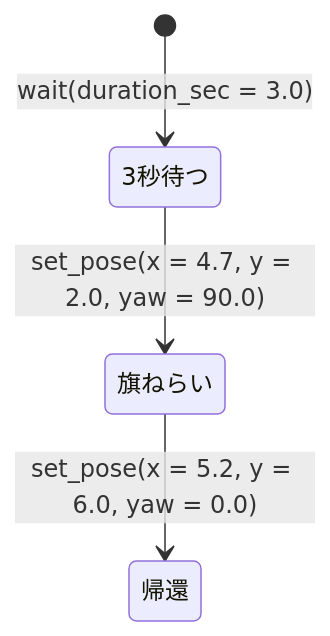
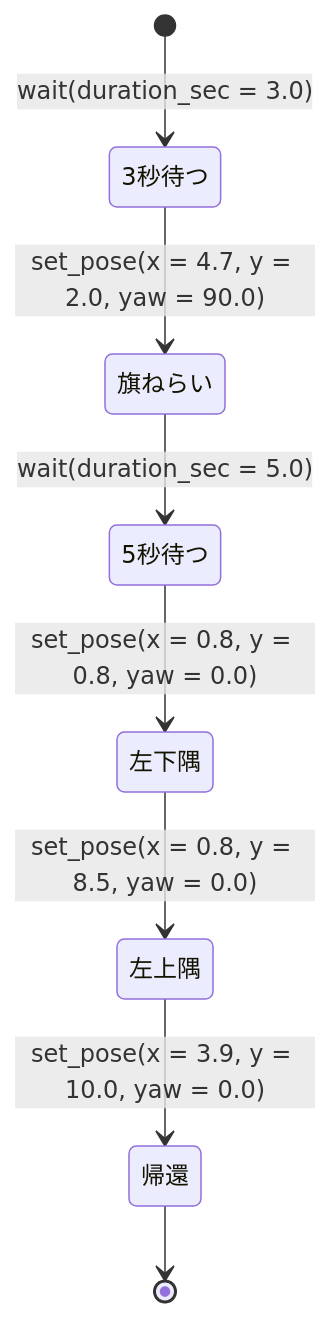
The diagram in examples/natto_nhk2025_sample/state_graph/sample.md (TNCT-Mechatech/2026A-ros), drawn with Mermaid before and after one commit. The commit also changed 1 other file, not shown here.

Commit message:
feat(sample): update autonomous routes

````diff
--- a/examples/natto_nhk2025_sample/state_graph/sample.md
+++ b/examples/natto_nhk2025_sample/state_graph/sample.md
@@ -1,8 +1,12 @@
 ```mermaid
 stateDiagram-v2
 
 [*] --> 3秒待つ : wait(duration_sec = 3.0)
 3秒待つ --> 旗ねらい : set_pose(x = 4.7, y = 2.0, yaw = 90.0)
-旗ねらい --> 帰還 : set_pose(x = 5.2, y = 6.0, yaw = 0.0)
+旗ねらい --> 5秒待つ : wait(duration_sec = 5.0)
+5秒待つ --> 左下隅 : set_pose(x = 0.8, y = 0.8, yaw = 0.0)
+左下隅 --> 左上隅 : set_pose(x = 0.8, y = 8.5, yaw = 0.0)
+左上隅 --> 帰還 : set_pose(x = 3.9, y = 10.0, yaw = 0.0)
+帰還 --> [*]
 
 ```
````
